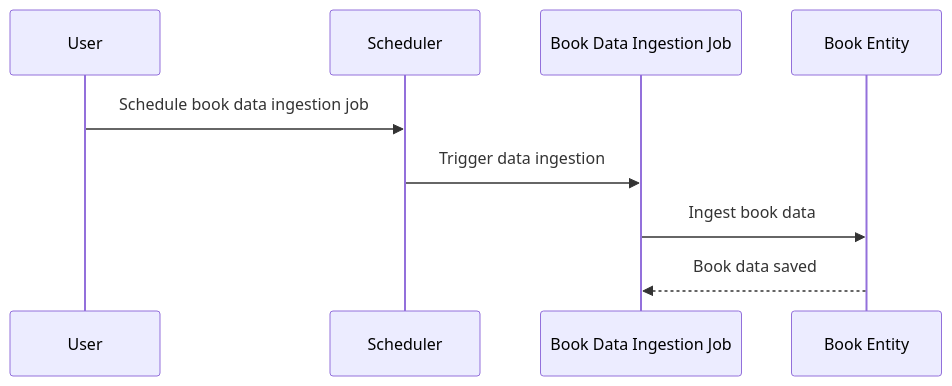
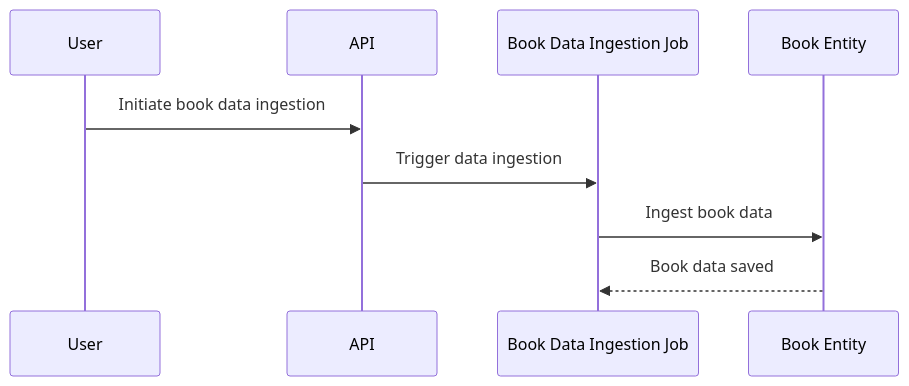
One commit to Cyoda-platform/quart-client-template changed the third of 3 diagrams in entity/app_design_prd.md. Above: the diagram before and after it, drawn with Mermaid. The commit also changed other lines of this file, not shown here.

Commit message:
saved entity/app_design_prd.md: 7923f56c-dd8c-11ef-a287-eac462a7cb9f

````diff
--- a/entity/app_design_prd.md
+++ b/entity/app_design_prd.md
@@ -64,12 +64,12 @@
 ```mermaid
 sequenceDiagram
     participant User
-    participant Scheduler
+    participant API
     participant Book Data Ingestion Job
     participant Book Entity
 
-    User->>Scheduler: Schedule book data ingestion job
-    Scheduler->>Book Data Ingestion Job: Trigger data ingestion
+    User->>API: Initiate book data ingestion
+    API->>Book Data Ingestion Job: Trigger data ingestion
     Book Data Ingestion Job->>Book Entity: Ingest book data
     Book Entity-->>Book Data Ingestion Job: Book data saved
 ```
````
